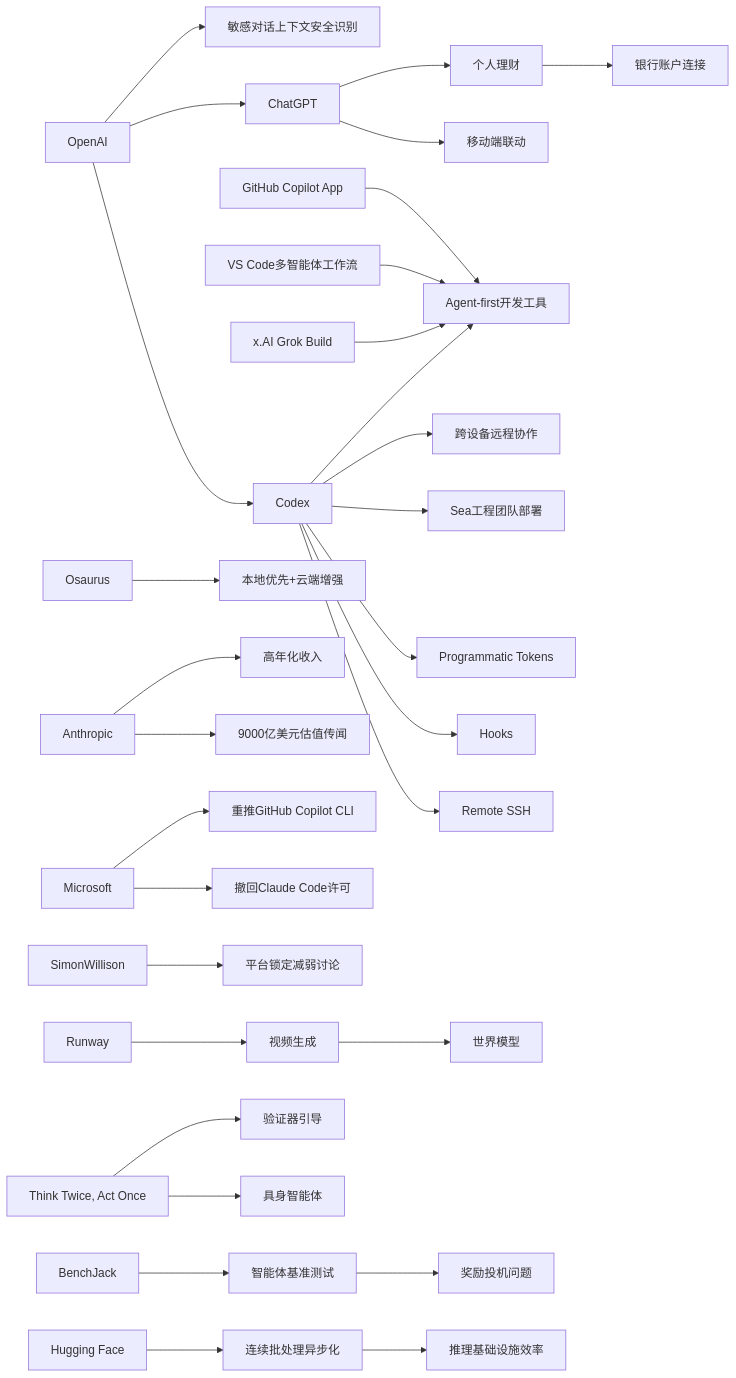
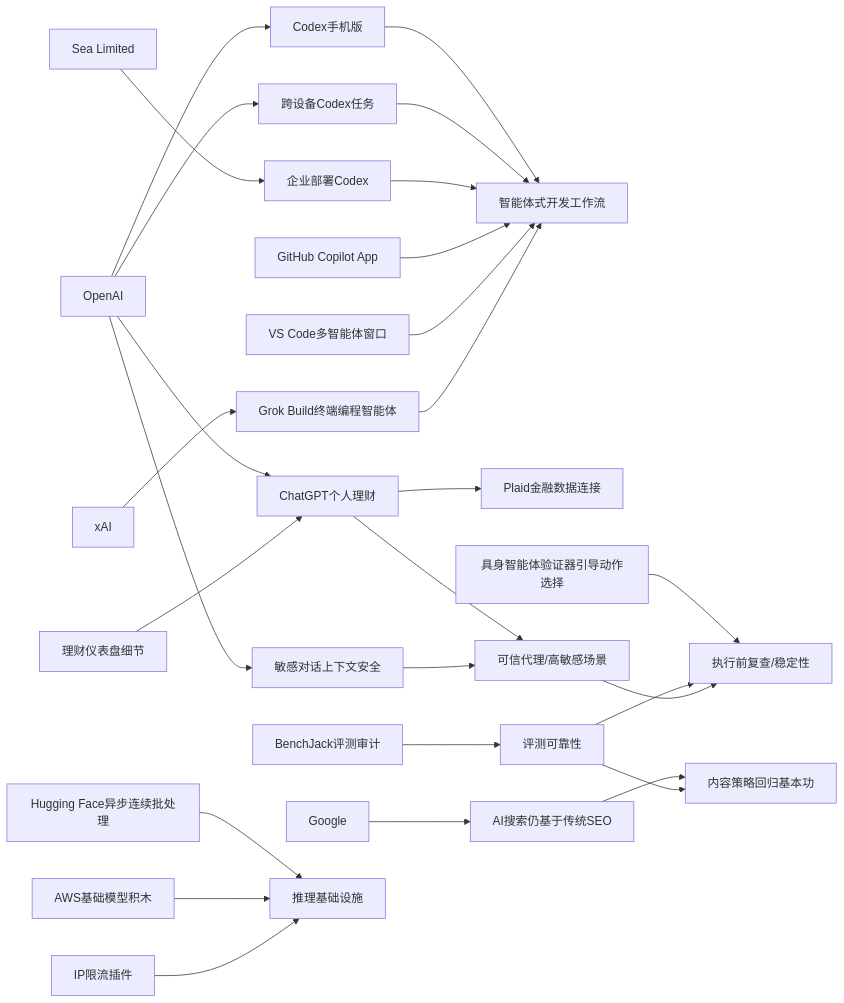
The diagram in content/cn/2026/2026-05/2026-05-15.md (zhuxinfei/ai-daily-site), drawn with Mermaid before and after one commit. The commit also changed other lines of this file, not shown here.

````diff
--- a/content/cn/2026/2026-05/2026-05-15.md
+++ b/content/cn/2026/2026-05/2026-05-15.md
@@ -110,37 +110,34 @@
 ```mermaid
 graph LR
-    OpenAI --> Codex
-    OpenAI --> ChatGPT
-    ChatGPT --> MobileApp[移动端联动]
-    Codex --> RemoteSSH[Remote SSH]
-    Codex --> Hooks[Hooks]
-    Codex --> Tokens[Programmatic Tokens]
-    Codex --> Sea[Sea工程团队部署]
-    Codex --> CrossDevice[跨设备远程协作]
+    OpenAI --> Codex_Mobile[Codex手机版]
+    OpenAI --> Codex_CrossDevice[跨设备Codex任务]
+    OpenAI --> Finance[ChatGPT个人理财]
+    OpenAI --> Safety[敏感对话上下文安全]
 
-    GitHubCopilot[GitHub Copilot App] --> AgentFirst[Agent-first开发工具]
-    VSCode[VS Code多智能体工作流] --> AgentFirst
-    GrokBuild[x.AI Grok Build] --> AgentFirst
-    Codex --> AgentFirst
+    Codex_Mobile --> AgentDev[智能体式开发工作流]
+    Codex_CrossDevice --> AgentDev
+    Sea[Sea Limited] --> Codex_Enterprise[企业部署Codex]
+    Codex_Enterprise --> AgentDev
+    GitHubCopilot[GitHub Copilot App] --> AgentDev
+    VSCode[VS Code多智能体窗口] --> AgentDev
+    xAI[xAI] --> GrokBuild[Grok Build终端编程智能体]
+    GrokBuild --> AgentDev
 
-    ChatGPT --> PersonalFinance[个人理财]
-    PersonalFinance --> BankData[银行账户连接]
-    OpenAI --> Safety[敏感对话上下文安全识别]
-    Osaurus --> HybridAI[本地优先+云端增强]
+    Finance --> Plaid[Plaid金融数据连接]
+    Finance --> TrustAgent[可信代理/高敏感场景]
+    Safety --> TrustAgent
+    TechCrunch[理财仪表盘细节] --> Finance
 
-    Anthropic --> Valuation[9000亿美元估值传闻]
-    Anthropic --> Revenue[高年化收入]
-    Microsoft --> ClaudeCode[撤回Claude Code许可]
-    Microsoft --> CopilotCLI[重推GitHub Copilot CLI]
-    SimonWillison --> LockIn[平台锁定减弱讨论]
+    Google --> AISEO[AI搜索仍基于传统SEO]
+    AISEO --> ContentStrategy[内容策略回归基本功]
+    BenchJack[BenchJack评测审计] --> EvalReliability[评测可靠性]
+    EvalReliability --> ContentStrategy
 
-    Runway --> VideoGen[视频生成]
-    VideoGen --> WorldModels[世界模型]
-    ThinkTwice[Think Twice, Act Once] --> EmbodiedAI[具身智能体]
-    ThinkTwice --> Verifier[验证器引导]
-    BenchJack --> Benchmarks[智能体基准测试]
-    Benchmarks --> RewardHacking[奖励投机问题]
+    HFAsync[Hugging Face异步连续批处理] --> Infra[推理基础设施]
+    AWSHF[AWS基础模型积木] --> Infra
+    Datasette[IP限流插件] --> Infra
 
-    HF[Hugging Face] --> ContinuousBatching[连续批处理异步化]
-    ContinuousBatching --> InferenceInfra[推理基础设施效率]
+    Embodied[具身智能体验证器引导动作选择] --> Reliability[执行前复查/稳定性]
+    EvalReliability --> Reliability
+    TrustAgent --> Reliability
 ```
````
